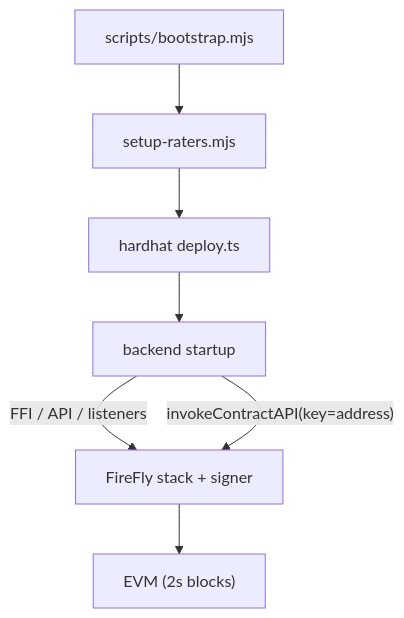
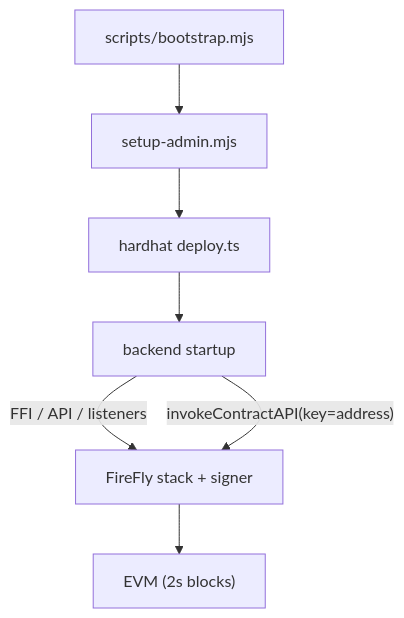
Before and after one commit to Varad22/developer-challenge: the diagram in docs/BLOCKCHAIN-INFRA.md, drawn with Mermaid. The commit also changed other lines of this file and 20 other files, not shown here.

````diff
--- a/docs/BLOCKCHAIN-INFRA.md
+++ b/docs/BLOCKCHAIN-INFRA.md
@@ -7,15 +7,15 @@
 ```mermaid
 flowchart TB
     Bootstrap["scripts/bootstrap.mjs"]
-    Setup["setup-raters.mjs"]
+    Setup["setup-admin.mjs"]
     Deploy["hardhat deploy.ts"]
     Backend["backend startup"]
     FireFly["FireFly stack + signer"]
     Chain["EVM (2s blocks)"]
 
     Bootstrap --> Setup --> Deploy
     Deploy --> Backend
     Backend -->|"FFI / API / listeners"| FireFly
     Backend -->|"invokeContractAPI(key=address)"| FireFly
     FireFly --> Chain
 ```
````
